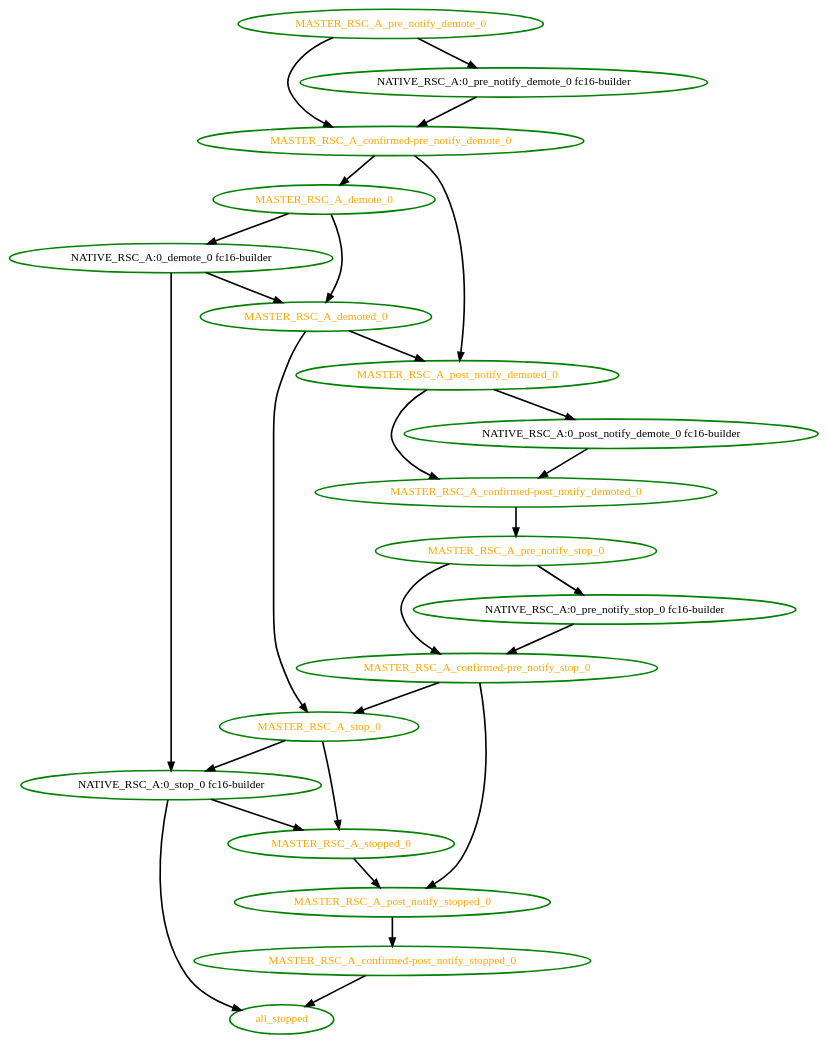
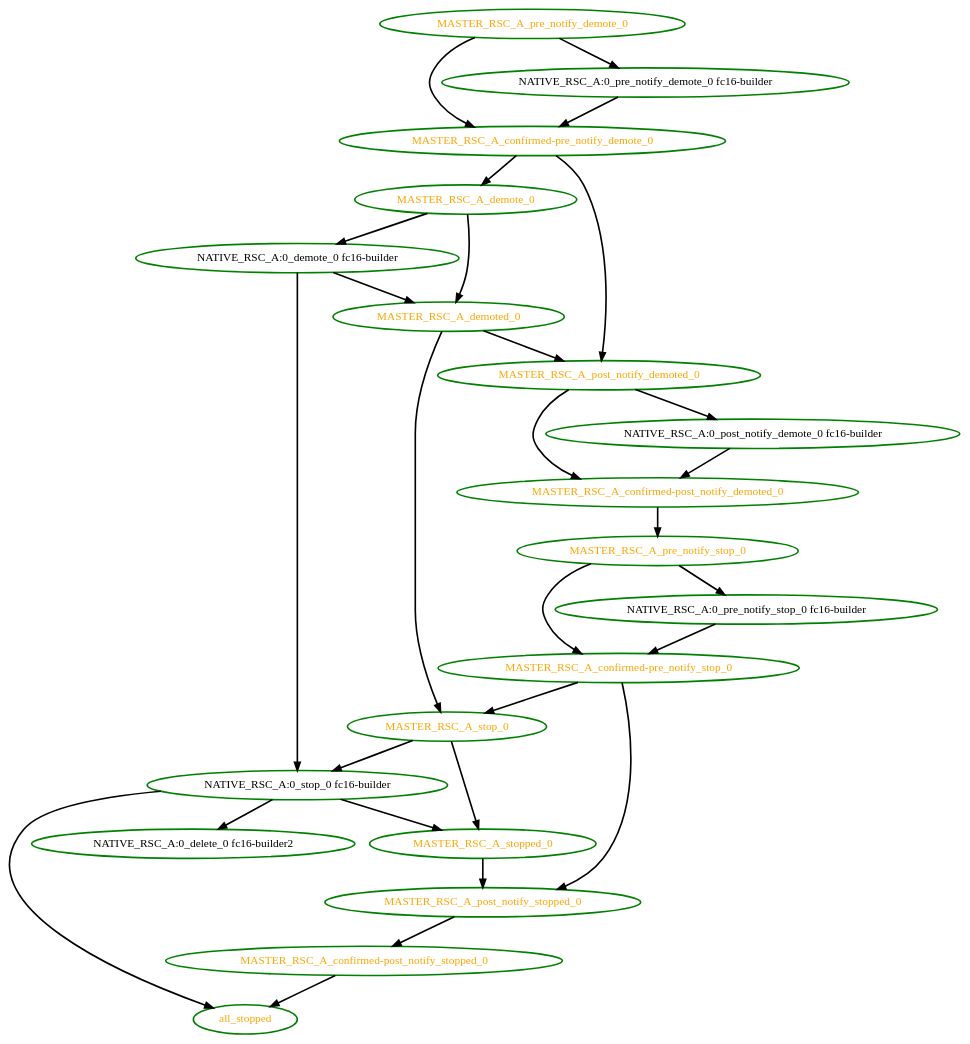
The diagram in pengine/test10/colocation_constraint_stops_master.dot (ClusterLabs/pacemaker), drawn with Graphviz before and after one commit. The commit also changed 11 other files, not shown here.

```diff
--- a/pengine/test10/colocation_constraint_stops_master.dot
+++ b/pengine/test10/colocation_constraint_stops_master.dot
@@ -1,47 +1,49 @@
  digraph "g" {
 "MASTER_RSC_A_confirmed-post_notify_demoted_0" -> "MASTER_RSC_A_pre_notify_stop_0" [ style = bold]
 "MASTER_RSC_A_confirmed-post_notify_demoted_0" [ style=bold color="green" fontcolor="orange"]
 "MASTER_RSC_A_confirmed-post_notify_stopped_0" -> "all_stopped" [ style = bold]
 "MASTER_RSC_A_confirmed-post_notify_stopped_0" [ style=bold color="green" fontcolor="orange"]
 "MASTER_RSC_A_confirmed-pre_notify_demote_0" -> "MASTER_RSC_A_demote_0" [ style = bold]
 "MASTER_RSC_A_confirmed-pre_notify_demote_0" -> "MASTER_RSC_A_post_notify_demoted_0" [ style = bold]
 "MASTER_RSC_A_confirmed-pre_notify_demote_0" [ style=bold color="green" fontcolor="orange"]
 "MASTER_RSC_A_confirmed-pre_notify_stop_0" -> "MASTER_RSC_A_post_notify_stopped_0" [ style = bold]
 "MASTER_RSC_A_confirmed-pre_notify_stop_0" -> "MASTER_RSC_A_stop_0" [ style = bold]
 "MASTER_RSC_A_confirmed-pre_notify_stop_0" [ style=bold color="green" fontcolor="orange"]
 "MASTER_RSC_A_demote_0" -> "MASTER_RSC_A_demoted_0" [ style = bold]
 "MASTER_RSC_A_demote_0" -> "NATIVE_RSC_A:0_demote_0 fc16-builder" [ style = bold]
 "MASTER_RSC_A_demote_0" [ style=bold color="green" fontcolor="orange"]
 "MASTER_RSC_A_demoted_0" -> "MASTER_RSC_A_post_notify_demoted_0" [ style = bold]
 "MASTER_RSC_A_demoted_0" -> "MASTER_RSC_A_stop_0" [ style = bold]
 "MASTER_RSC_A_demoted_0" [ style=bold color="green" fontcolor="orange"]
 "MASTER_RSC_A_post_notify_demoted_0" -> "MASTER_RSC_A_confirmed-post_notify_demoted_0" [ style = bold]
 "MASTER_RSC_A_post_notify_demoted_0" -> "NATIVE_RSC_A:0_post_notify_demote_0 fc16-builder" [ style = bold]
 "MASTER_RSC_A_post_notify_demoted_0" [ style=bold color="green" fontcolor="orange"]
 "MASTER_RSC_A_post_notify_stopped_0" -> "MASTER_RSC_A_confirmed-post_notify_stopped_0" [ style = bold]
 "MASTER_RSC_A_post_notify_stopped_0" [ style=bold color="green" fontcolor="orange"]
 "MASTER_RSC_A_pre_notify_demote_0" -> "MASTER_RSC_A_confirmed-pre_notify_demote_0" [ style = bold]
 "MASTER_RSC_A_pre_notify_demote_0" -> "NATIVE_RSC_A:0_pre_notify_demote_0 fc16-builder" [ style = bold]
 "MASTER_RSC_A_pre_notify_demote_0" [ style=bold color="green" fontcolor="orange"]
 "MASTER_RSC_A_pre_notify_stop_0" -> "MASTER_RSC_A_confirmed-pre_notify_stop_0" [ style = bold]
 "MASTER_RSC_A_pre_notify_stop_0" -> "NATIVE_RSC_A:0_pre_notify_stop_0 fc16-builder" [ style = bold]
 "MASTER_RSC_A_pre_notify_stop_0" [ style=bold color="green" fontcolor="orange"]
 "MASTER_RSC_A_stop_0" -> "MASTER_RSC_A_stopped_0" [ style = bold]
 "MASTER_RSC_A_stop_0" -> "NATIVE_RSC_A:0_stop_0 fc16-builder" [ style = bold]
 "MASTER_RSC_A_stop_0" [ style=bold color="green" fontcolor="orange"]
 "MASTER_RSC_A_stopped_0" -> "MASTER_RSC_A_post_notify_stopped_0" [ style = bold]
 "MASTER_RSC_A_stopped_0" [ style=bold color="green" fontcolor="orange"]
+"NATIVE_RSC_A:0_delete_0 fc16-builder2" [ style=bold color="green" fontcolor="black"]
 "NATIVE_RSC_A:0_demote_0 fc16-builder" -> "MASTER_RSC_A_demoted_0" [ style = bold]
 "NATIVE_RSC_A:0_demote_0 fc16-builder" -> "NATIVE_RSC_A:0_stop_0 fc16-builder" [ style = bold]
 "NATIVE_RSC_A:0_demote_0 fc16-builder" [ style=bold color="green" fontcolor="black"]
 "NATIVE_RSC_A:0_post_notify_demote_0 fc16-builder" -> "MASTER_RSC_A_confirmed-post_notify_demoted_0" [ style = bold]
 "NATIVE_RSC_A:0_post_notify_demote_0 fc16-builder" [ style=bold color="green" fontcolor="black"]
 "NATIVE_RSC_A:0_pre_notify_demote_0 fc16-builder" -> "MASTER_RSC_A_confirmed-pre_notify_demote_0" [ style = bold]
 "NATIVE_RSC_A:0_pre_notify_demote_0 fc16-builder" [ style=bold color="green" fontcolor="black"]
 "NATIVE_RSC_A:0_pre_notify_stop_0 fc16-builder" -> "MASTER_RSC_A_confirmed-pre_notify_stop_0" [ style = bold]
 "NATIVE_RSC_A:0_pre_notify_stop_0 fc16-builder" [ style=bold color="green" fontcolor="black"]
 "NATIVE_RSC_A:0_stop_0 fc16-builder" -> "MASTER_RSC_A_stopped_0" [ style = bold]
+"NATIVE_RSC_A:0_stop_0 fc16-builder" -> "NATIVE_RSC_A:0_delete_0 fc16-builder2" [ style = bold]
 "NATIVE_RSC_A:0_stop_0 fc16-builder" -> "all_stopped" [ style = bold]
 "NATIVE_RSC_A:0_stop_0 fc16-builder" [ style=bold color="green" fontcolor="black"]
 "all_stopped" [ style=bold color="green" fontcolor="orange"]
 }
```
